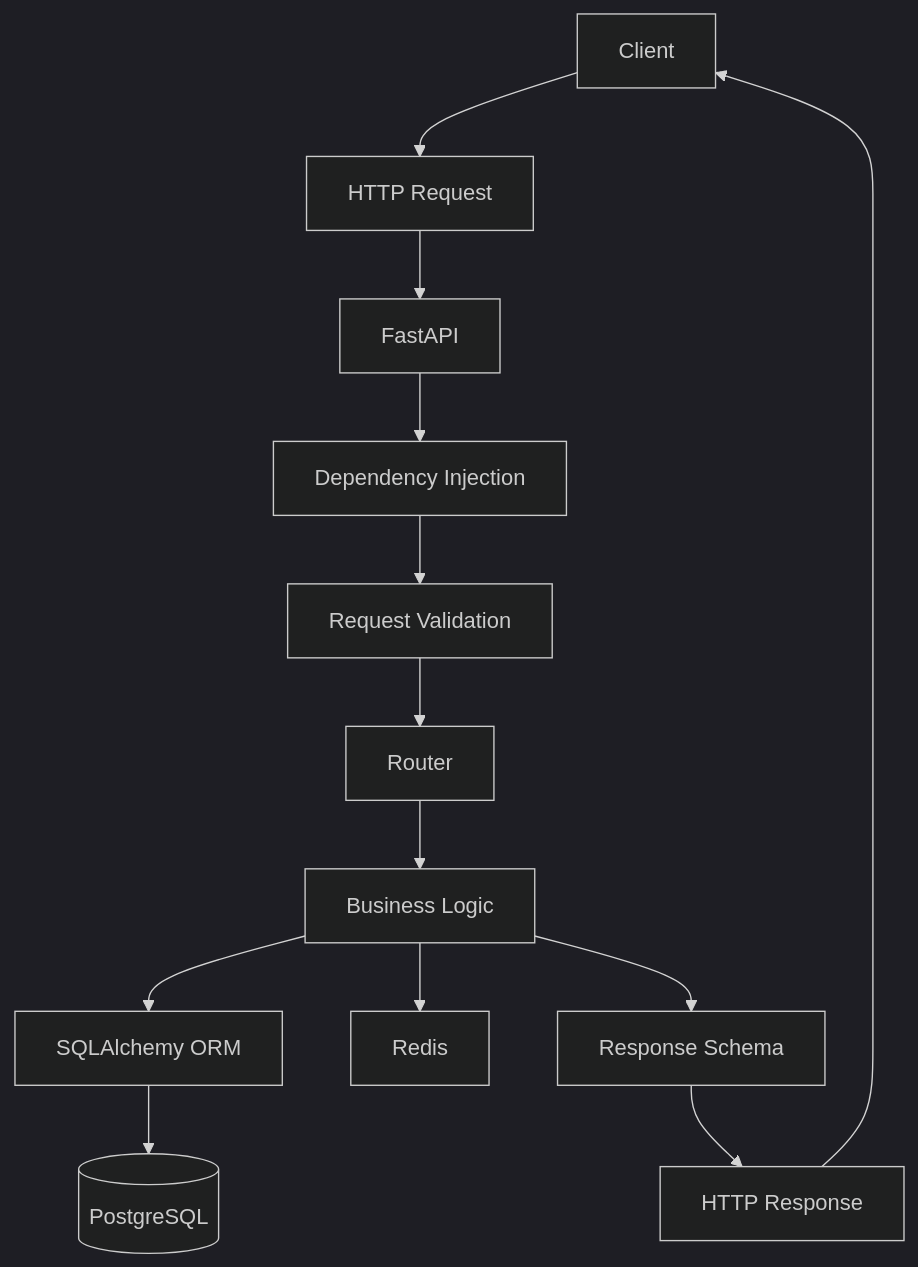
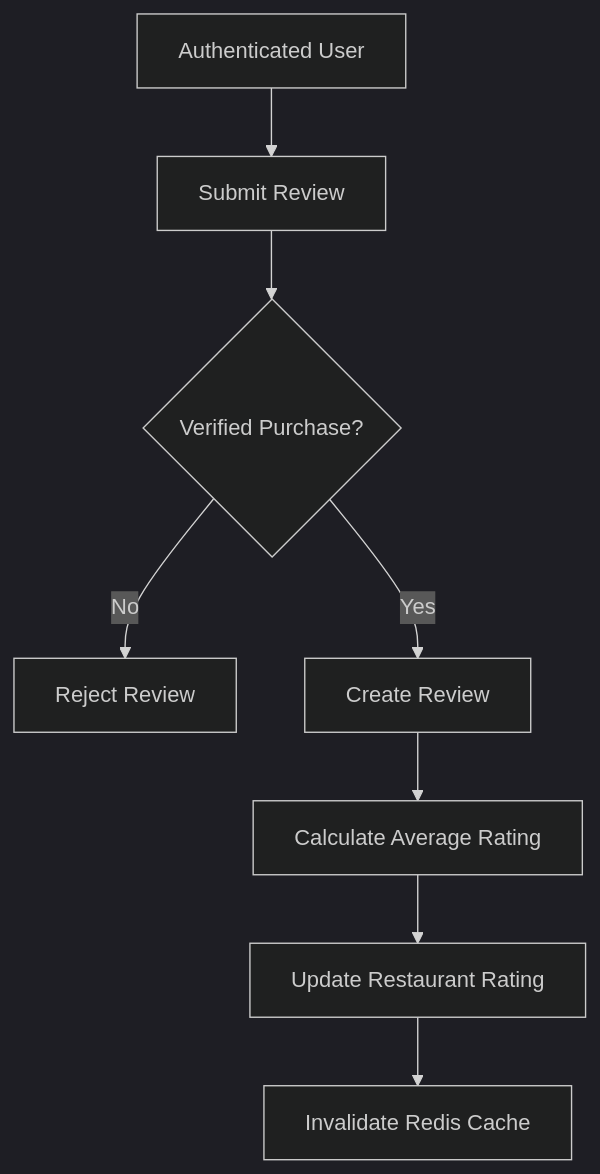
Before and after one commit to SathvikHegade/food_delivary_backend: the eighth of 9 diagrams in README.md, drawn with Mermaid (dark theme). The commit also changed other lines of this file and 7 other files, not shown here.

````diff
--- a/README.md
+++ b/README.md
@@ -360,18 +384,13 @@
 ```mermaid
 flowchart TD
-    A["Client"] --> B["HTTP Request"]
-    B --> C["FastAPI"]
-    C --> D["Dependency Injection"]
-    D --> E["Request Validation"]
-    E --> F["Router"]
-    F --> G["Business Logic"]
+    A["Authenticated User"] --> B["Submit Review"]
 
-    G --> H["SQLAlchemy ORM"]
-    H --> I[("PostgreSQL")]
+    B --> C{"Verified Purchase?"}
 
-    G --> J["Redis"]
+    C -->|No| D["Reject Review"]
+    C -->|Yes| E["Create Review"]
 
-    G --> K["Response Schema"]
-    K --> L["HTTP Response"]
-    L --> A
+    E --> F["Calculate Average Rating"]
+    F --> G["Update Restaurant Rating"]
+    G --> H["Invalidate Redis Cache"]
 ```
````
